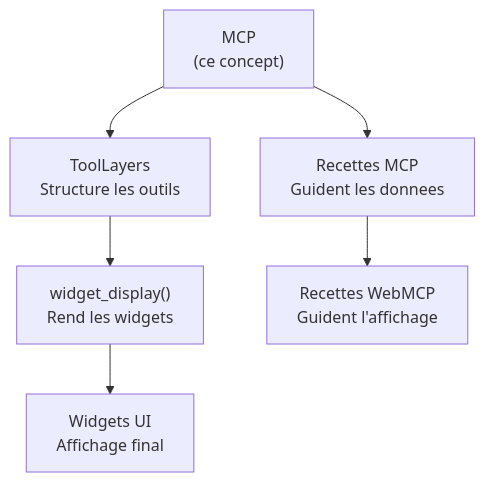
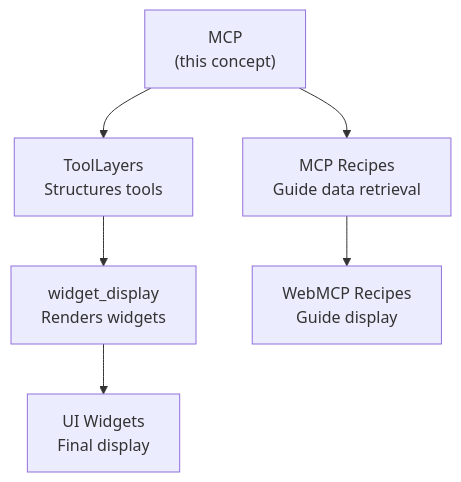
One commit to jeanbaptiste/webmcp-auto-ui changed the fifth of 5 diagrams in docs/starlight/src/content/docs/concepts/mcp.md. Above: the diagram before and after it, drawn with Mermaid. The commit also changed other lines of this file and 94 other files, not shown here.

````diff
--- a/docs/starlight/src/content/docs/concepts/mcp.md
+++ b/docs/starlight/src/content/docs/concepts/mcp.md
@@ -291,8 +291,8 @@
 ```mermaid
 graph TD
-    MCP["MCP<br/>(ce concept)"] --> TL["ToolLayers<br/>Structure les outils"]
-    MCP --> R["Recettes MCP<br/>Guident les donnees"]
-    TL --> CT["widget_display()<br/>Rend les widgets"]
-    CT --> W["Widgets UI<br/>Affichage final"]
-    R --> WR["Recettes WebMCP<br/>Guident l'affichage"]
+    MCP["MCP<br/>(this concept)"] --> TL["ToolLayers<br/>Structures tools"]
+    MCP --> R["MCP Recipes<br/>Guide data retrieval"]
+    TL --> CT["widget_display<br/>Renders widgets"]
+    CT --> W["UI Widgets<br/>Final display"]
+    R --> WR["WebMCP Recipes<br/>Guide display"]
 ```
````
